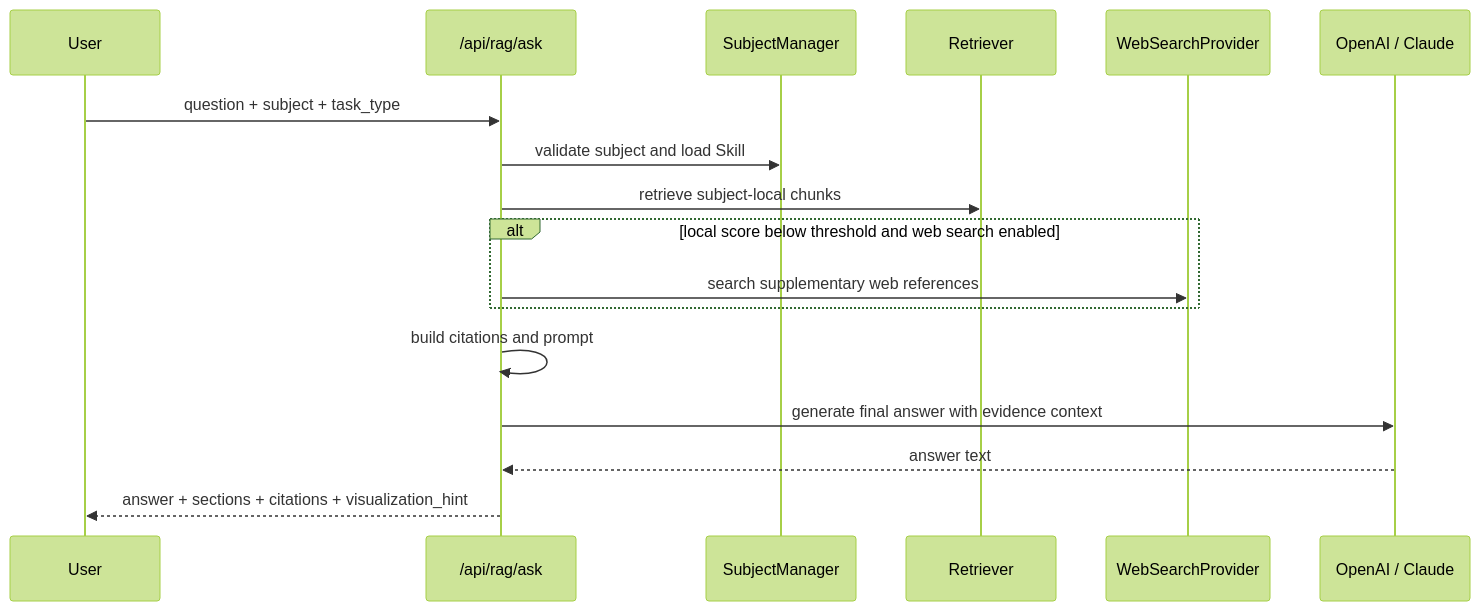
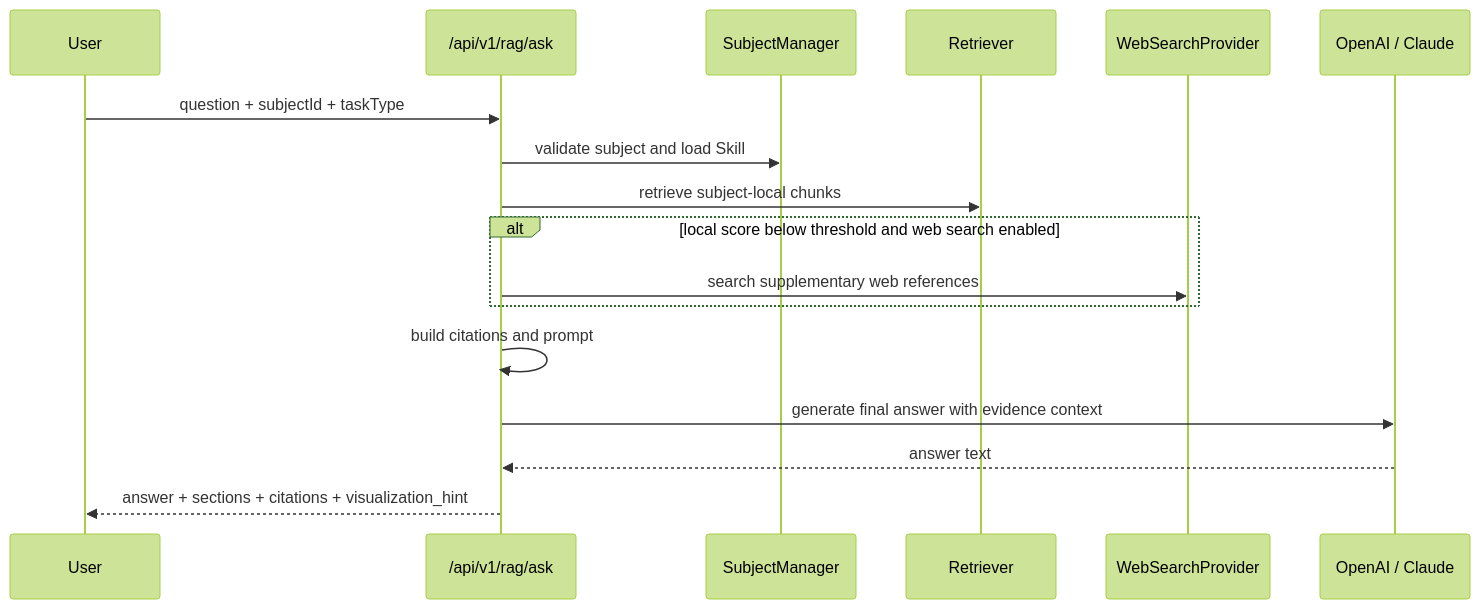
Before and after one commit to hanx-777/STEMotion: the diagram in README.md, drawn with Mermaid (forest theme). The commit also changed other lines of this file and 221 other files, not shown here.

````diff
--- a/README.md
+++ b/README.md
@@ -239,20 +263,20 @@
 ```mermaid
 sequenceDiagram
   participant U as User
-  participant API as /api/rag/ask
+  participant API as /api/v1/rag/ask
   participant S as SubjectManager
   participant R as Retriever
   participant W as WebSearchProvider
   participant L as OpenAI / Claude
 
-  U->>API: question + subject + task_type
+  U->>API: question + subjectId + taskType
   API->>S: validate subject and load Skill
   API->>R: retrieve subject-local chunks
   alt local score below threshold and web search enabled
     API->>W: search supplementary web references
   end
   API->>API: build citations and prompt
   API->>L: generate final answer with evidence context
   L-->>API: answer text
   API-->>U: answer + sections + citations + visualization_hint
 ```
````
